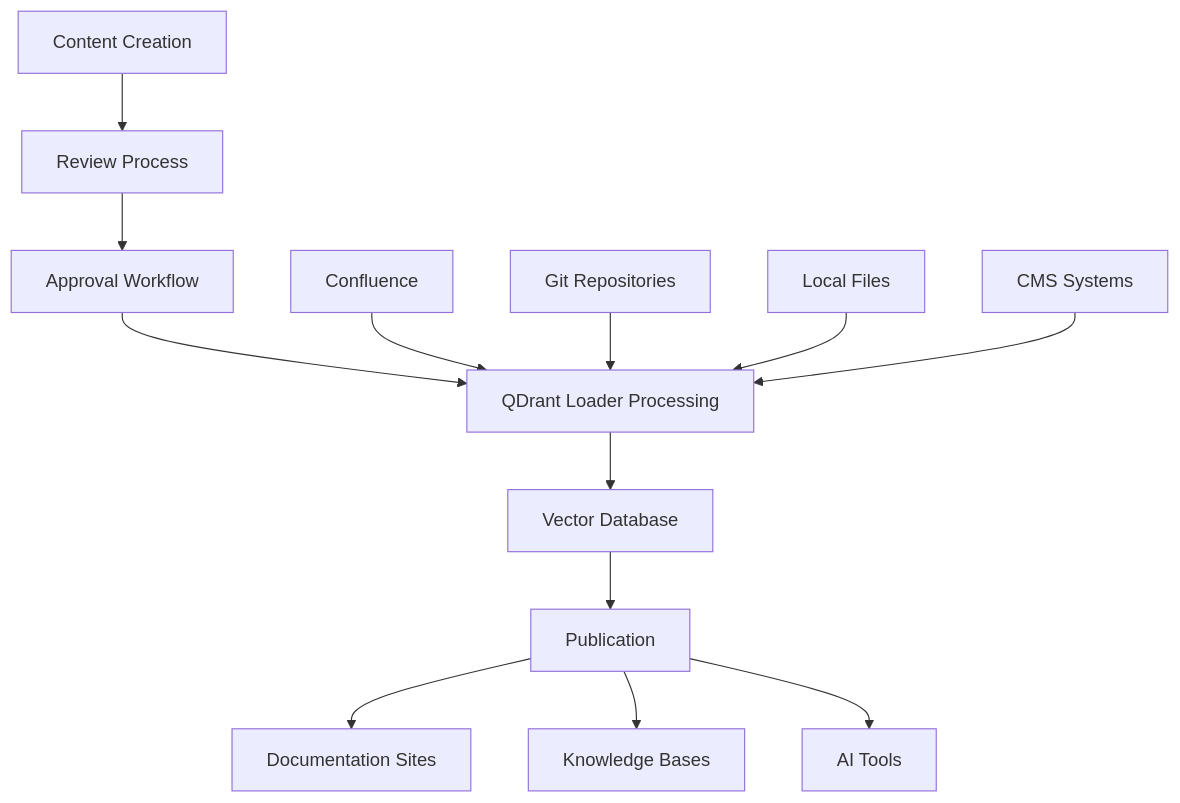
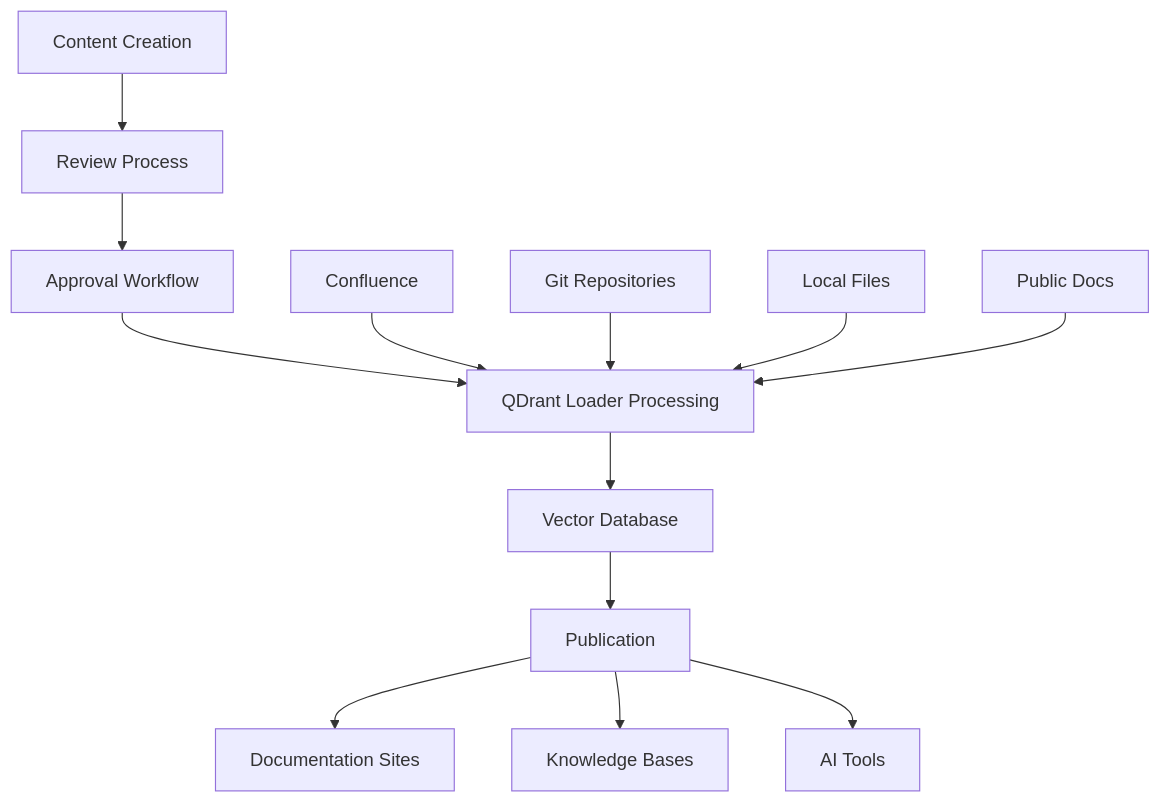
The diagram in docs/users/workflows/content-management-workflow.md (martin-papy/qdrant-loader), drawn with Mermaid before and after one commit. The commit also changed other lines of this file and 56 other files, not shown here.

````diff
--- a/docs/users/workflows/content-management-workflow.md
+++ b/docs/users/workflows/content-management-workflow.md
@@ -21,17 +21,17 @@
 ```mermaid
 graph TD
     A[Content Creation] --> B[Review Process]
     B --> C[Approval Workflow]
     C --> D[QDrant Loader Processing]
     D --> E[Vector Database]
     E --> F[Publication]
     
     G[Confluence] --> D
     H[Git Repositories] --> D
     I[Local Files] --> D
-    J[CMS Systems] --> D
+    J[Public Docs] --> D
     
     F --> K[Documentation Sites]
     F --> L[Knowledge Bases]
     F --> M[AI Tools]
 ```
````
